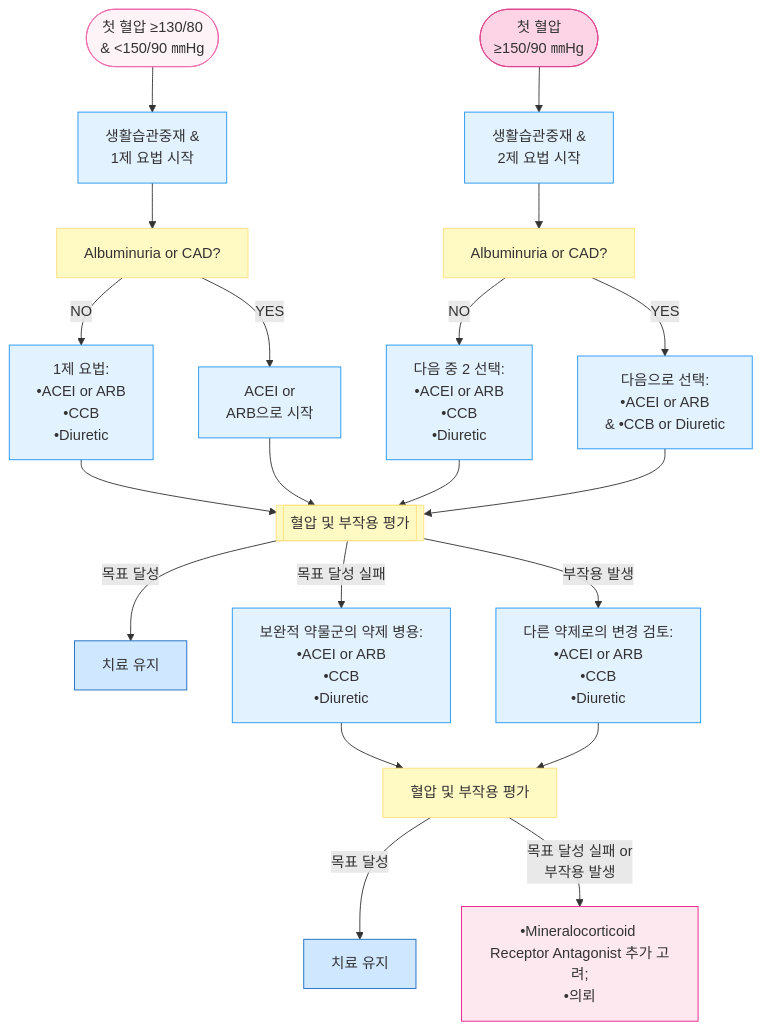
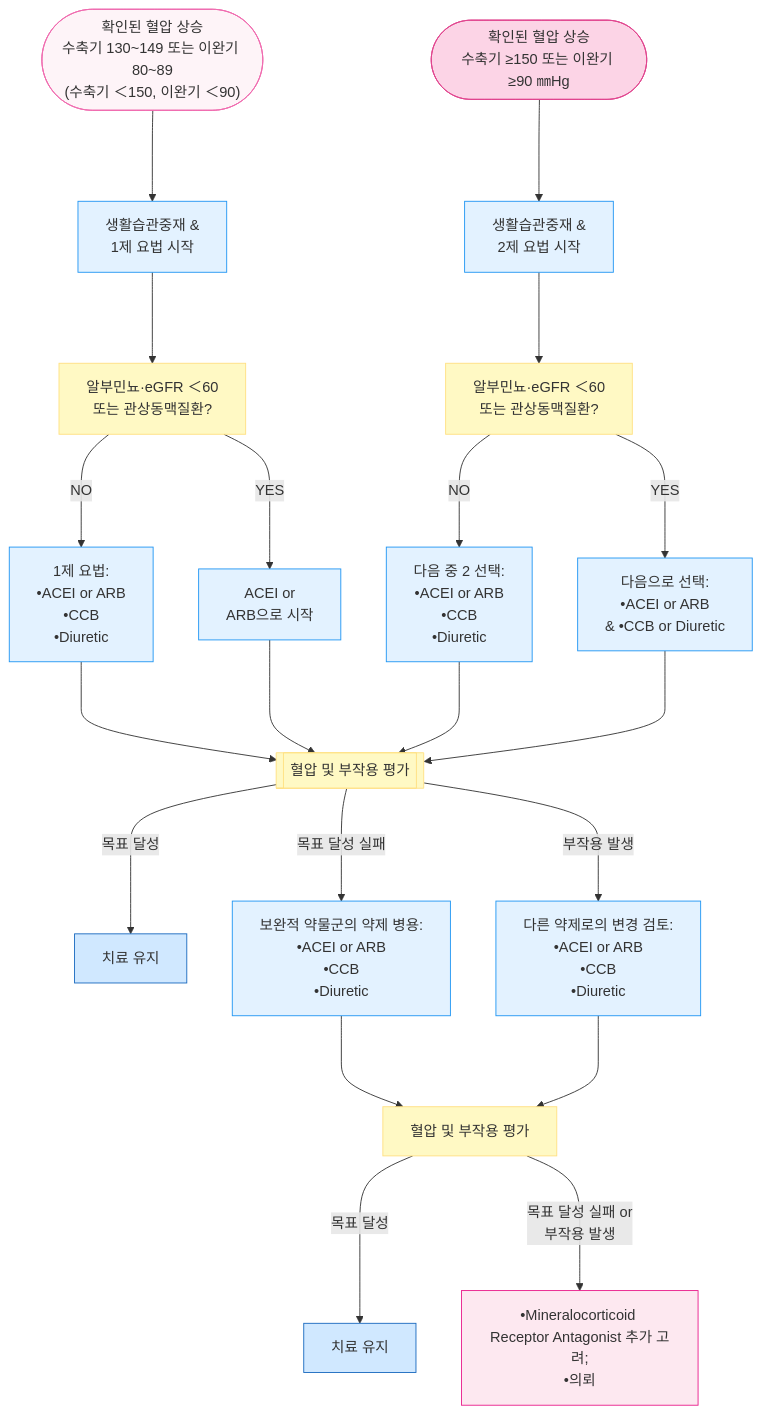
Before and after one commit to familyoh77/familyoh77: the third of 4 diagrams in 226_/100_-diabetes-mellitus.md, drawn with Mermaid. The commit also changed other lines of this file and 9 other files, not shown here.

````diff
--- a/226_/100_-diabetes-mellitus.md
+++ b/226_/100_-diabetes-mellitus.md
@@ -672,32 +712,32 @@
 ```mermaid
 graph TD
-    A(["첫 혈압 ≥130/80 <br/>& <150/90 ㎜Hg"]) --> B["생활습관중재 &<br/>1제 요법 시작"]
-    D(["첫 혈압 <br/>≥150/90 ㎜Hg"]) --> E["생활습관중재 &<br/>2제 요법 시작"]
-    B --> F["Albuminuria or CAD?"]
-    E --> G["Albuminuria or CAD?"]
-    F -->|NO| H["1제 요법:<br/>•ACEI or ARB<br/>•CCB<br/>•Diuretic"]
-    F -->|YES| I["ACEI or <br/>ARB으로 시작"]
-    G -->|NO| J["다음 중 2 선택:<br/>•ACEI or ARB<br/>•CCB<br/>•Diuretic"]
-    G -->|YES| K["다음으로 선택:<br/>•ACEI or ARB<br/>& •CCB or Diuretic"]
-    H --> L[["혈압 및 부작용 평가"]]
-    I --> L
-    J --> L
-    K --> L
-    L -->|목표 달성| M["치료 유지"]
-    L -->|목표 달성 실패| N["보완적 약물군의 약제 병용:<br/>•ACEI or ARB<br/>•CCB<br/>•Diuretic"]
-    L -->|부작용 발생| O["다른 약제로의 변경 검토:<br/>•ACEI or ARB<br/>•CCB<br/>•Diuretic"]
-    N --> P["혈압 및 부작용 평가"]
-    O --> P
-    P -->|목표 달성| Q["치료 유지"]
-    P -->|"목표 달성 실패 or<br/>부작용 발생"| R["•Mineralocorticoid Receptor Antagonist 추가 고려;<br/>•의뢰"]
+    A(["확인된 혈압 상승<br/>수축기 130~149 또는 이완기 80~89<br/>(수축기 ＜150, 이완기 ＜90)"]) ---> B["생활습관중재 &<br/>1제 요법 시작"]
+    D(["확인된 혈압 상승<br/>수축기 ≥150 또는 이완기 ≥90 ㎜Hg"]) ---> E["생활습관중재 &<br/>2제 요법 시작"]
+    B ---> F["알부민뇨·eGFR ＜60<br/>또는 관상동맥질환?"]
+    E ---> G["알부민뇨·eGFR ＜60<br/>또는 관상동맥질환?"]
+    F --->|NO| H["1제 요법:<br/>•ACEI or ARB<br/>•CCB<br/>•Diuretic"]
+    F --->|YES| I["ACEI or <br/>ARB으로 시작"]
+    G --->|NO| J["다음 중 2 선택:<br/>•ACEI or ARB<br/>•CCB<br/>•Diuretic"]
+    G --->|YES| K["다음으로 선택:<br/>•ACEI or ARB<br/>& •CCB or Diuretic"]
+    H ---> L[["혈압 및 부작용 평가"]]
+    I ---> L
+    J ---> L
+    K ---> L
+    L --->|목표 달성| M["치료 유지"]
+    L --->|목표 달성 실패| N["보완적 약물군의 약제 병용:<br/>•ACEI or ARB<br/>•CCB<br/>•Diuretic"]
+    L --->|부작용 발생| O["다른 약제로의 변경 검토:<br/>•ACEI or ARB<br/>•CCB<br/>•Diuretic"]
+    N ---> P["혈압 및 부작용 평가"]
+    O ---> P
+    P --->|목표 달성| Q["치료 유지"]
+    P --->|"목표 달성 실패 or<br/>부작용 발생"| R["•Mineralocorticoid Receptor Antagonist 추가 고려;<br/>•의뢰"]
 
 style A fill:#fef4f8,stroke:#f06baf
 style D fill:#fcd4e6,stroke:#e0448e
 classDef yellow fill:#fff9c4,stroke:#ffe082
 class F,G,L,P yellow
 classDef sky fill:#e3f2ff,stroke:#2196f3
 class B,E,H,I,J,K,N,O sky
 classDef blue fill:#d0e8ff,stroke:#1a6abf
 class M,Q blue
 style R fill:#fde8f0,stroke:#e91e8c
 ```
````
